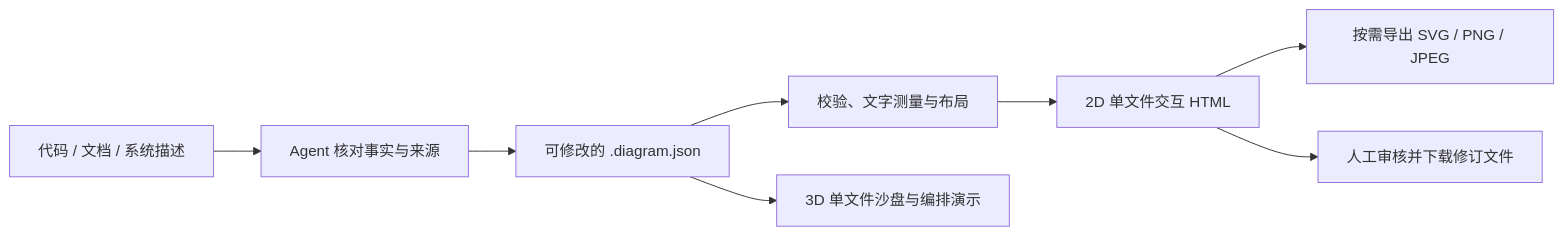
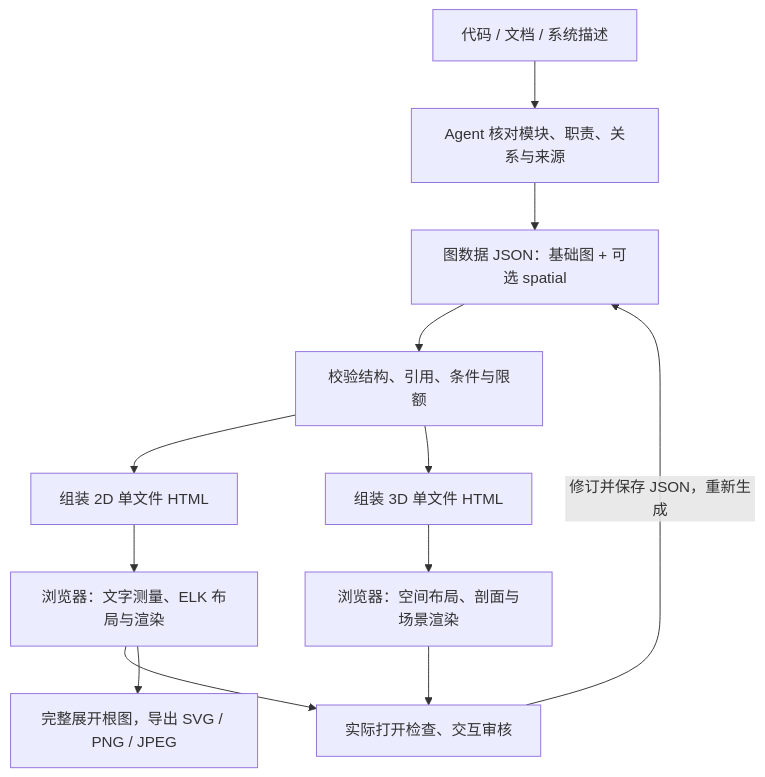
The diagram in README.md (JX05120LLL/3D-System-Flow), drawn with Mermaid before and after one commit. The commit also changed other lines of this file and 1 other file, not shown here.

````diff
--- a/README.md
+++ b/README.md
@@ -46,10 +62,14 @@
 ```mermaid
-flowchart LR
-    A[代码 / 文档 / 系统描述] --> B[Agent 核对事实与来源]
-    B --> C[可修改的 .diagram.json]
-    C --> D[校验、文字测量与布局]
-    D --> E[2D 单文件交互 HTML]
-    E --> F[按需导出 SVG / PNG / JPEG]
-    E --> G[人工审核并下载修订文件]
-    C --> H[3D 单文件沙盘与编排演示]
+flowchart TD
+    A["代码 / 文档 / 系统描述"] --> B["Agent 核对模块、职责、关系与来源"]
+    B --> C["图数据 JSON：基础图 + 可选 spatial"]
+    C --> D["校验结构、引用、条件与限额"]
+    D --> E["组装 2D 单文件 HTML"]
+    D --> F["组装 3D 单文件 HTML"]
+    E --> G["浏览器：文字测量、ELK 布局与渲染"]
+    F --> H["浏览器：空间布局、剖面与场景渲染"]
+    G --> I["实际打开检查、交互审核"]
+    H --> I
+    I -->|"修订并保存 JSON，重新生成"| C
+    G --> J["完整展开根图，导出 SVG / PNG / JPEG"]
 ```
````
